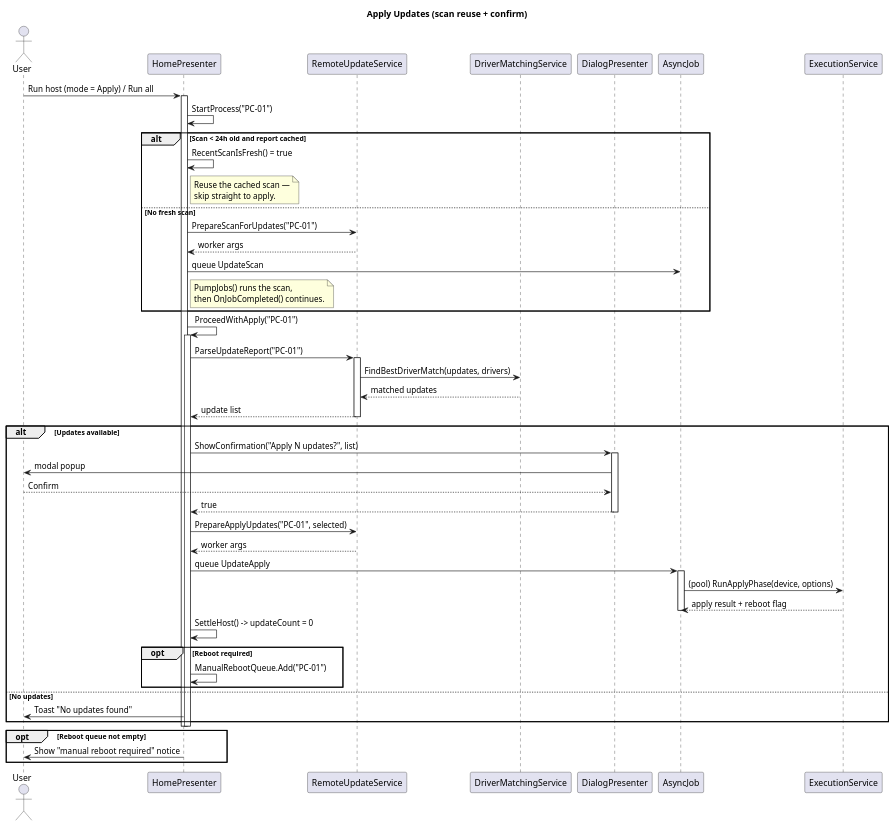
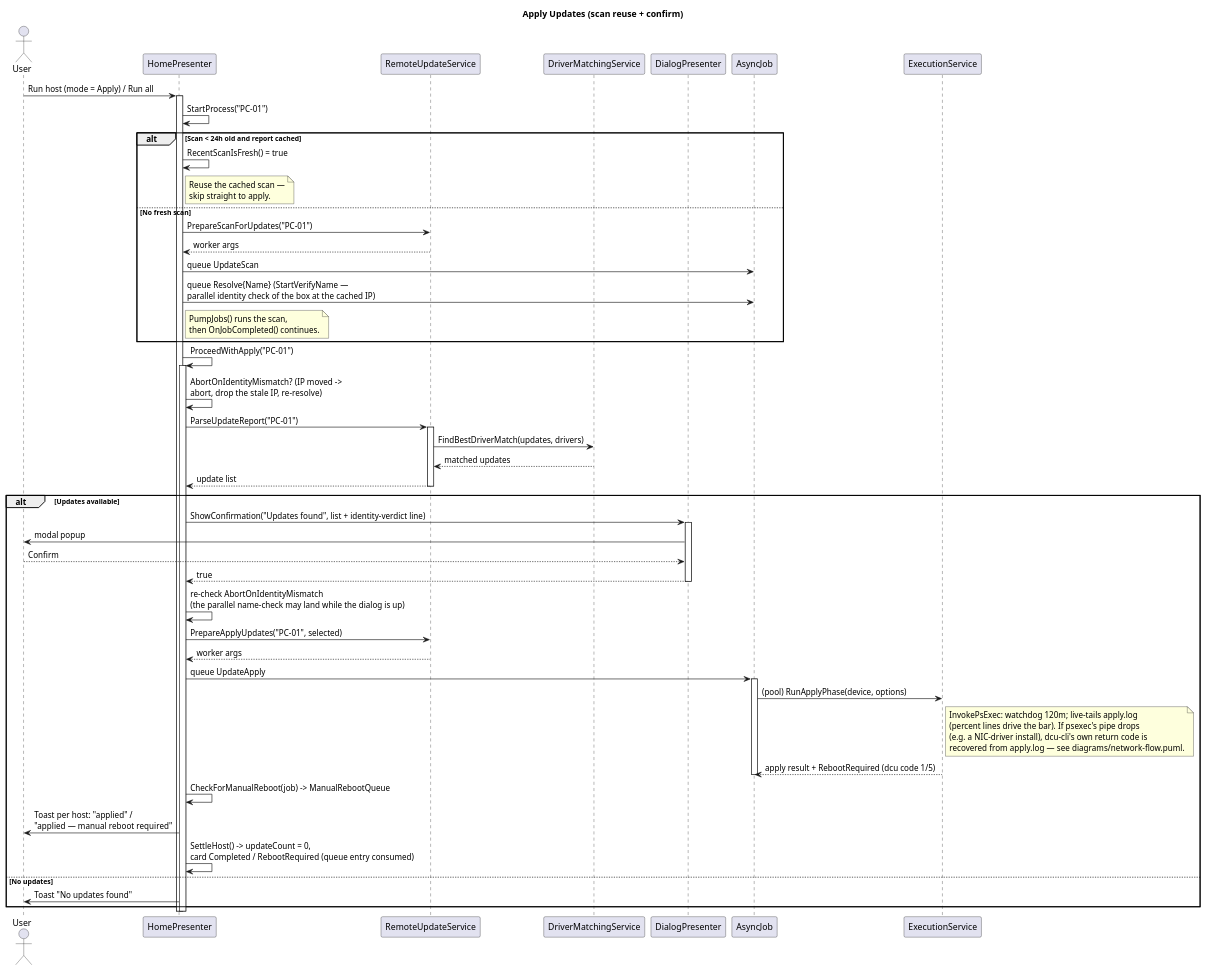
The diagram in docs/diagrams/applyUpdates_sequence_diagram.puml (Danial-Changez/DONUT), drawn with PlantUML before and after one commit. The commit also changed 24 other files, not shown here.

```diff
--- a/docs/diagrams/applyUpdates_sequence_diagram.puml
+++ b/docs/diagrams/applyUpdates_sequence_diagram.puml
@@ -1,63 +1,62 @@
 @startuml Apply Updates Sequence Diagram
 title Apply Updates (scan reuse + confirm)
 
 actor User
 participant "HomePresenter" as Presenter
 participant "RemoteUpdateService" as Update
 participant "DriverMatchingService" as Matcher
 participant "DialogPresenter" as Dialog
 participant "AsyncJob" as Job
 participant "ExecutionService" as Exec
 
 User -> Presenter: Run host (mode = Apply) / Run all
 activate Presenter
 Presenter -> Presenter: StartProcess("PC-01")
 
 alt Scan < 24h old and report cached
     Presenter -> Presenter: RecentScanIsFresh() = true
     note right of Presenter: Reuse the cached scan —\nskip straight to apply.
 else No fresh scan
     Presenter -> Update: PrepareScanForUpdates("PC-01")
     Update --> Presenter: worker args
     Presenter -> Job: queue UpdateScan
+    Presenter -> Job: queue Resolve{Name} (StartVerifyName —\nparallel identity check of the box at the cached IP)
     note right of Presenter: PumpJobs() runs the scan,\nthen OnJobCompleted() continues.
 end
 
 Presenter -> Presenter: ProceedWithApply("PC-01")
 activate Presenter
+Presenter -> Presenter: AbortOnIdentityMismatch? (IP moved ->\nabort, drop the stale IP, re-resolve)
 Presenter -> Update: ParseUpdateReport("PC-01")
 activate Update
 Update -> Matcher: FindBestDriverMatch(updates, drivers)
 Matcher --> Update: matched updates
 Update --> Presenter: update list
 deactivate Update
 
 alt Updates available
-    Presenter -> Dialog: ShowConfirmation("Apply N updates?", list)
+    Presenter -> Dialog: ShowConfirmation("Updates found", list + identity-verdict line)
     activate Dialog
     Dialog -> User: modal popup
     User --> Dialog: Confirm
     Dialog --> Presenter: true
     deactivate Dialog
+    Presenter -> Presenter: re-check AbortOnIdentityMismatch\n(the parallel name-check may land while the dialog is up)
 
     Presenter -> Update: PrepareApplyUpdates("PC-01", selected)
     Update --> Presenter: worker args
     Presenter -> Job: queue UpdateApply
     activate Job
     Job -> Exec: (pool) RunApplyPhase(device, options)
-    Exec --> Job: apply result + reboot flag
+    note right of Exec: InvokePsExec: watchdog 120m; live-tails apply.log\n(percent lines drive the bar). If psexec's pipe drops\n(e.g. a NIC-driver install), dcu-cli's own return code is\nrecovered from apply.log — see diagrams/network-flow.puml.
+    Exec --> Job: apply result + RebootRequired (dcu code 1/5)
     deactivate Job
-    Presenter -> Presenter: SettleHost() -> updateCount = 0
-    opt Reboot required
-        Presenter -> Presenter: ManualRebootQueue.Add("PC-01")
-    end
+    Presenter -> Presenter: CheckForManualReboot(job) -> ManualRebootQueue
+    Presenter -> User: Toast per host: "applied" /\n"applied — manual reboot required"
+    Presenter -> Presenter: SettleHost() -> updateCount = 0,\ncard Completed / RebootRequired (queue entry consumed)
 else No updates
     Presenter -> User: Toast "No updates found"
 end
 deactivate Presenter
 deactivate Presenter
-
-opt Reboot queue not empty
-    Presenter -> User: Show "manual reboot required" notice
-end
 @enduml
```
